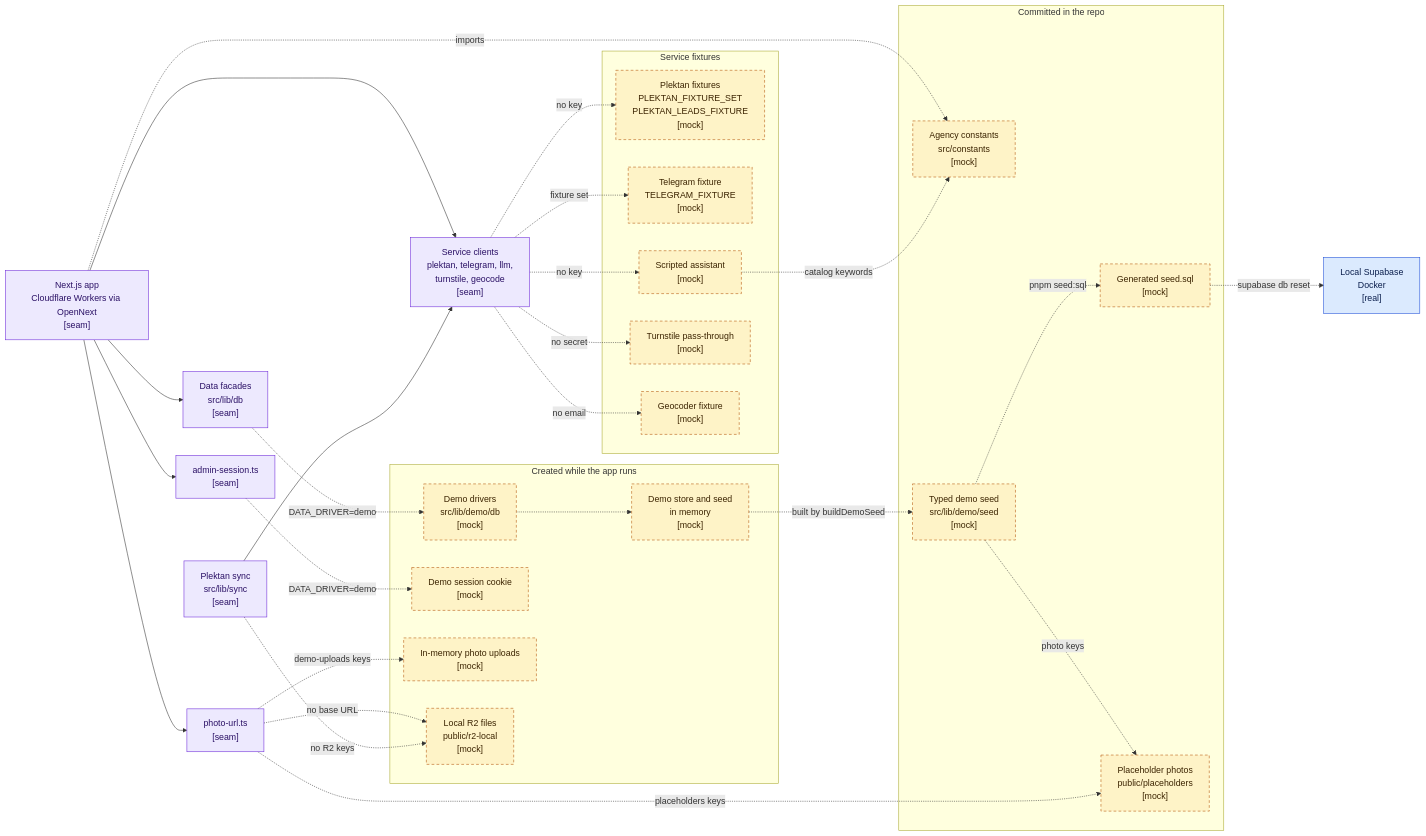
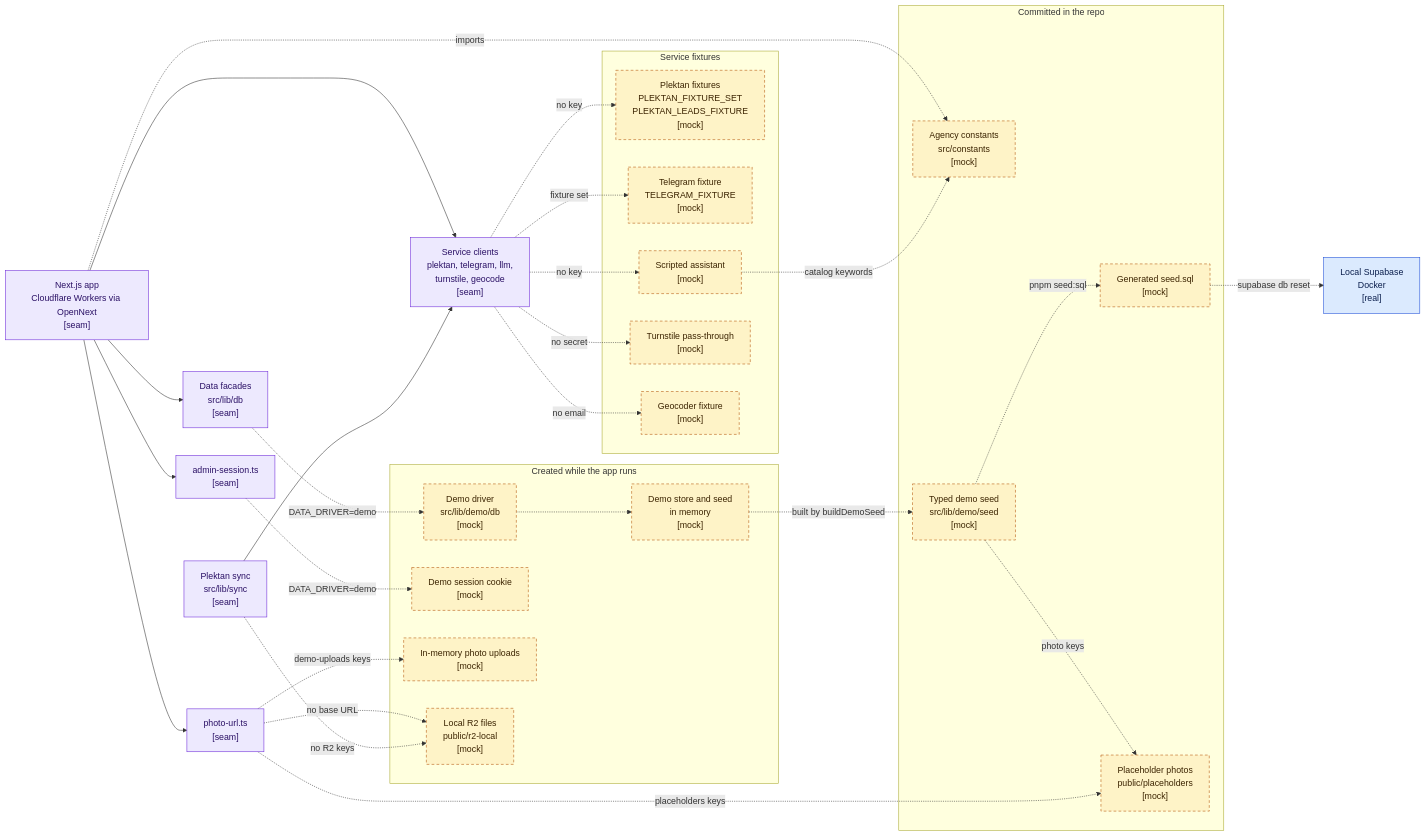
One commit to kushnir-serhii/real-estate changed the second of 12 diagrams in docs/diagrams.md. Above: the diagram before and after it, drawn with Mermaid. The commit also changed other lines of this file and 8 other files, not shown here.

Commit message:
feat: 016 slice 4 — admin diagram, drift test, docs wiring; 016 done

````diff
--- a/docs/diagrams.md
+++ b/docs/diagrams.md
@@ -160,69 +160,69 @@
 ```mermaid
 flowchart LR
     app["Next.js app<br/>Cloudflare Workers via OpenNext<br/>[seam]"]
     facade["Data facades<br/>src/lib/db<br/>[seam]"]
     adminsession["admin-session.ts<br/>[seam]"]
     photourl["photo-url.ts<br/>[seam]"]
     clients["Service clients<br/>plektan, telegram, llm,<br/>turnstile, geocode<br/>[seam]"]
     sync["Plektan sync<br/>src/lib/sync<br/>[seam]"]
 
     subgraph repo["Committed in the repo"]
         consts["Agency constants<br/>src/constants<br/>[mock]"]
         seed["Typed demo seed<br/>src/lib/demo/seed<br/>[mock]"]
         seedsql["Generated seed.sql<br/>[mock]"]
         placeholders["Placeholder photos<br/>public/placeholders<br/>[mock]"]
     end
 
     subgraph runtime["Created while the app runs"]
-        demodrivers["Demo drivers<br/>src/lib/demo/db<br/>[mock]"]
+        demodrivers["Demo driver<br/>src/lib/demo/db<br/>[mock]"]
         store["Demo store and seed<br/>in memory<br/>[mock]"]
         session["Demo session cookie<br/>[mock]"]
         photos["In-memory photo uploads<br/>[mock]"]
         r2local["Local R2 files<br/>public/r2-local<br/>[mock]"]
     end
 
     subgraph fx["Service fixtures"]
         plektanfx["Plektan fixtures<br/>PLEKTAN_FIXTURE_SET<br/>PLEKTAN_LEADS_FIXTURE<br/>[mock]"]
         telegramfx["Telegram fixture<br/>TELEGRAM_FIXTURE<br/>[mock]"]
         llmfx["Scripted assistant<br/>[mock]"]
         turnstilefx["Turnstile pass-through<br/>[mock]"]
         geocoderfx["Geocoder fixture<br/>[mock]"]
     end
 
     localdb["Local Supabase<br/>Docker<br/>[real]"]
 
     app -.->|"imports"| consts
     app --> facade
     app --> adminsession
     app --> photourl
     app --> clients
     sync --> clients
 
     facade -.->|"DATA_DRIVER=demo"| demodrivers
     demodrivers -.-> store
     store -.->|"built by buildDemoSeed"| seed
     seed -.->|"pnpm seed:sql"| seedsql
     seedsql -.->|"supabase db reset"| localdb
     seed -.->|"photo keys"| placeholders
 
     adminsession -.->|"DATA_DRIVER=demo"| session
     photourl -.->|"placeholders keys"| placeholders
     photourl -.->|"demo-uploads keys"| photos
     photourl -.->|"no base URL"| r2local
     sync -.->|"no R2 keys"| r2local
 
     clients -.->|"no key"| plektanfx
     clients -.->|"fixture set"| telegramfx
     clients -.->|"no key"| llmfx
     clients -.->|"no secret"| turnstilefx
     clients -.->|"no email"| geocoderfx
     llmfx -.->|"catalog keywords"| consts
 
     classDef real fill:#dbeafe,stroke:#1d4ed8,color:#0b1f4d
     classDef mock fill:#fef3c7,stroke:#b45309,color:#3b2300,stroke-dasharray:5 4
     classDef seam fill:#ede9fe,stroke:#6d28d9,color:#2a1065
 
     class localdb real
     class consts,seed,seedsql,placeholders,demodrivers,store,session,photos,r2local,plektanfx,telegramfx,llmfx,turnstilefx,geocoderfx mock
     class app,facade,adminsession,photourl,clients,sync seam
 ```
````
